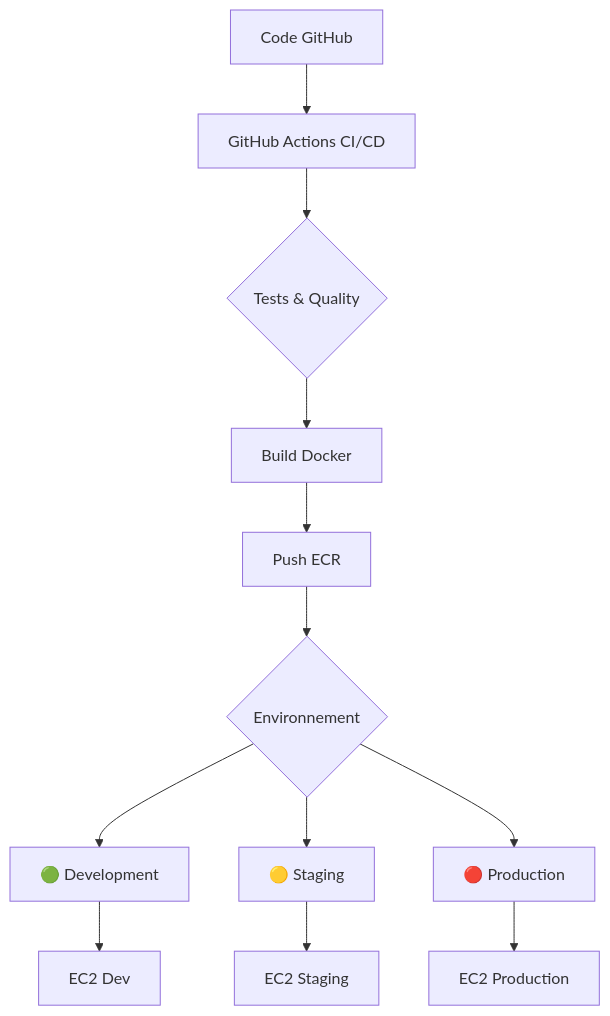
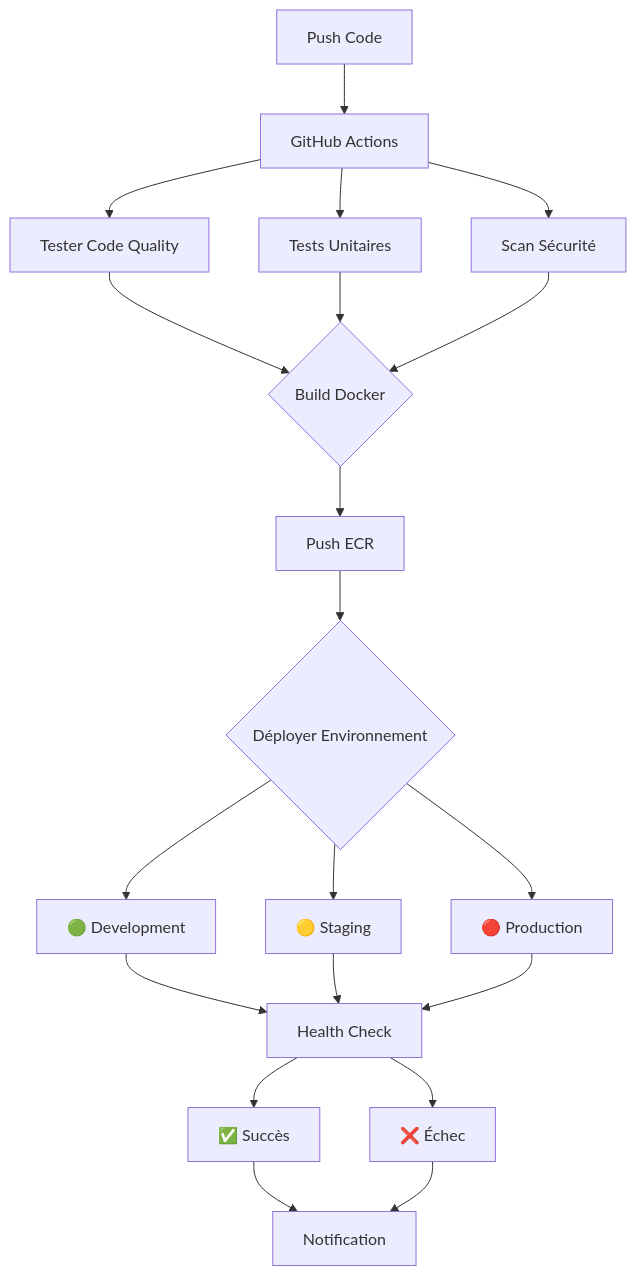
The fourth of 4 diagrams in README.md (donaldte/cicd-project), drawn with Mermaid before and after one commit. The commit also changed other lines of this file and 5 other files, not shown here.

````diff
--- a/README.md
+++ b/README.md
@@ -22,14 +442,28 @@
 ```mermaid
-graph TB
-    A[Code GitHub] --> B[GitHub Actions CI/CD]
-    B --> C{Tests & Quality}
-    C --> D[Build Docker]
-    D --> E[Push ECR]
-    E --> F{Environnement}
-    F --> G[🟢 Development]
-    F --> H[🟡 Staging]
-    F --> I[🔴 Production]
-    G --> J[EC2 Dev]
-    H --> K[EC2 Staging]
-    I --> L[EC2 Production]
+flowchart TD
+    A[Push Code] --> B[GitHub Actions]
+    B --> C[Tester Code Quality]
+    B --> D[Tests Unitaires]
+    B --> E[Scan Sécurité]
+    
+    C --> F{Build Docker}
+    D --> F
+    E --> F
+    
+    F --> G[Push ECR]
+    G --> H{Déployer Environnement}
+    
+    H --> I[🟢 Development]
+    H --> J[🟡 Staging]
+    H --> K[🔴 Production]
+    
+    I --> L[Health Check]
+    J --> L
+    K --> L
+    
+    L --> M[✅ Succès]
+    L --> N[❌ Échec]
+    
+    M --> O[Notification]
+    N --> O
 ```
````
